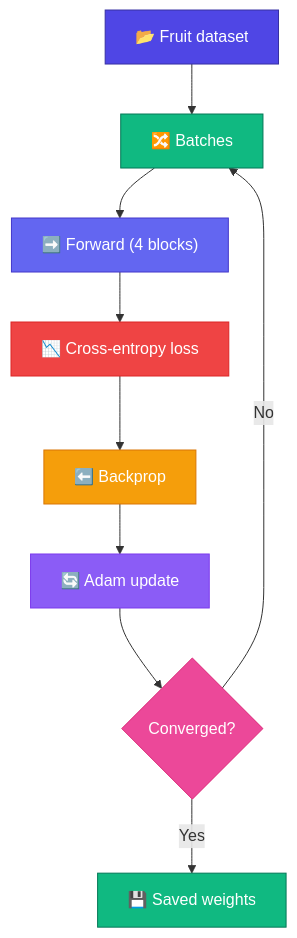
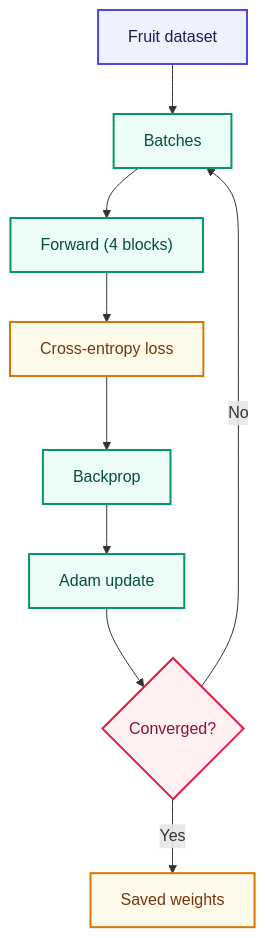
Before and after one commit to bhNibir/build-own-llm: the diagram in content/docs/part-09-mini-gpt/02-train.mdx, drawn with Mermaid. The commit also changed other lines of this file and 77 other files, not shown here.

````diff
--- a/content/docs/part-09-mini-gpt/02-train.mdx
+++ b/content/docs/part-09-mini-gpt/02-train.mdx
@@ -16,19 +16,15 @@
 ```mermaid
 flowchart TD
-    A["📂 Fruit dataset"]:::data --> B["🔀 Batches"]:::batch
-    B --> C["➡️ Forward (4 blocks)"]:::fwd
-    C --> D["📉 Cross-entropy loss"]:::loss
-    D --> E["⬅️ Backprop"]:::bwd
-    E --> F["🔄 Adam update"]:::upd
-    F --> G{"Converged?"}:::check
+    A["Fruit dataset"]:::input --> B["Batches"]:::process
+    B --> C["Forward (4 blocks)"]:::process
+    C --> D["Cross-entropy loss"]:::output
+    D --> E["Backprop"]:::process
+    E --> F["Adam update"]:::process
+    F --> G{"Converged?"}:::highlight
     G -->|No| B
-    G -->|Yes| H["💾 Saved weights"]:::done
-    classDef data fill:#4F46E5,color:#fff,stroke:#3730A3
-    classDef batch fill:#10B981,color:#fff,stroke:#047857
-    classDef fwd fill:#6366F1,color:#fff,stroke:#4338CA
-    classDef loss fill:#EF4444,color:#fff,stroke:#DC2626
-    classDef bwd fill:#F59E0B,color:#fff,stroke:#D97706
-    classDef upd fill:#8B5CF6,color:#fff,stroke:#7C3AED
-    classDef check fill:#EC4899,color:#fff,stroke:#DB2777
-    classDef done fill:#10B981,color:#fff,stroke:#047857
+    G -->|Yes| H["Saved weights"]:::output
+    classDef input fill:#EEF2FF,color:#1E1B4B,stroke:#4F46E5,stroke-width:2px
+    classDef process fill:#ECFDF5,color:#064E3B,stroke:#059669,stroke-width:2px
+    classDef output fill:#FFFBEB,color:#78350F,stroke:#D97706,stroke-width:2px
+    classDef highlight fill:#FFF1F2,color:#881337,stroke:#E11D48,stroke-width:2px
 ```
````
